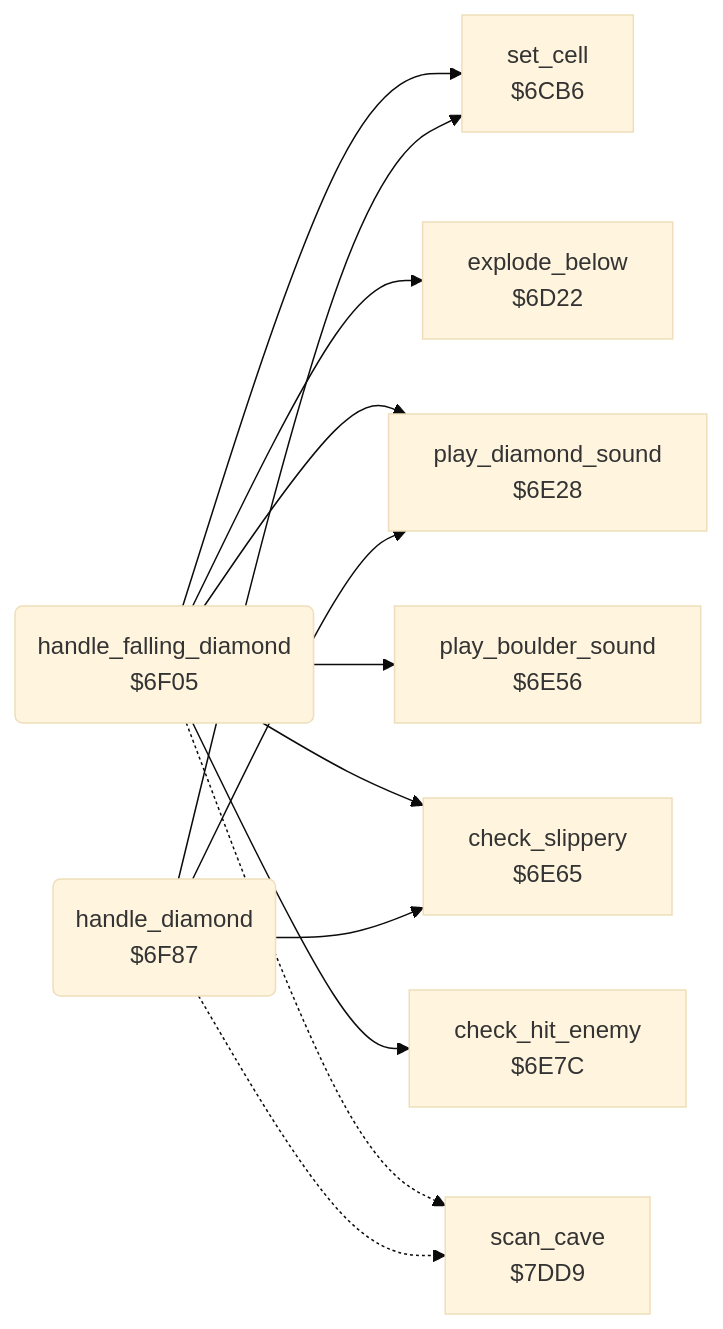
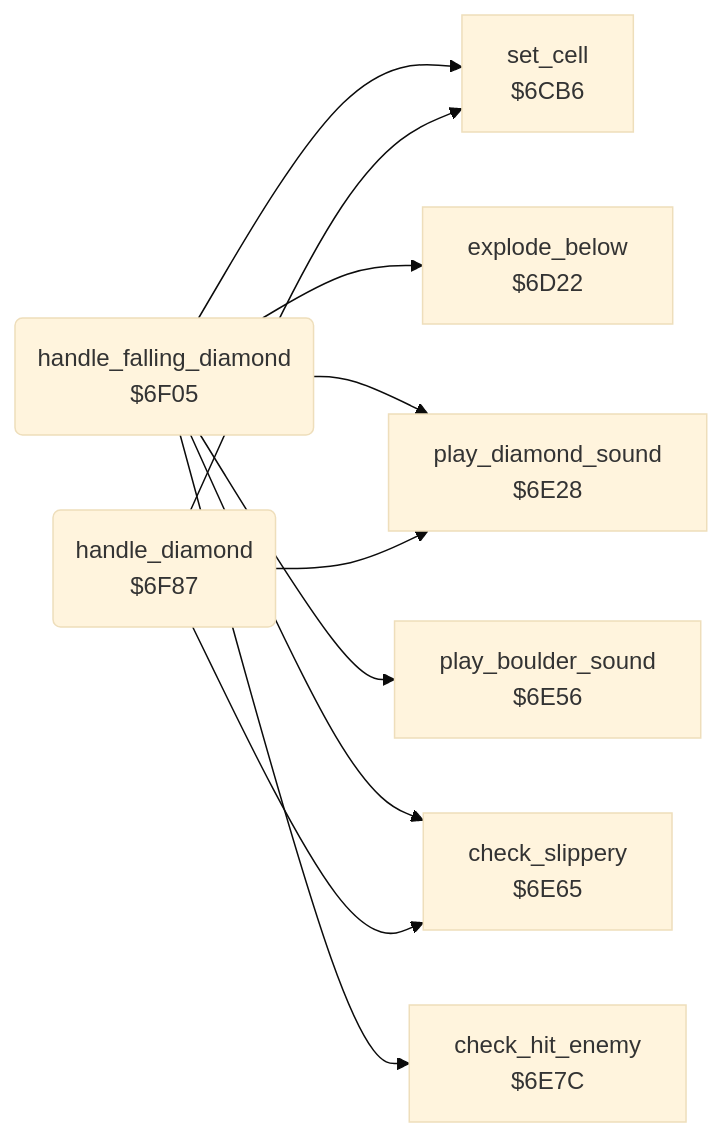
Before and after one commit to henols/c64_games: the diagram in boulder_dash/v1/docs/reference/modules/engine/diamond.md, drawn with Mermaid (base theme). The commit also changed other lines of this file and 1100 other files, not shown here.

````diff
--- a/boulder_dash/v1/docs/reference/modules/engine/diamond.md
+++ b/boulder_dash/v1/docs/reference/modules/engine/diamond.md
@@ -10,23 +17,20 @@
 ```mermaid
 flowchart LR
   n6cb6["set_cell<br/>$6CB6"]
   n6d22["explode_below<br/>$6D22"]
   n6e28["play_diamond_sound<br/>$6E28"]
   n6e56["play_boulder_sound<br/>$6E56"]
   n6e65["check_slippery<br/>$6E65"]
   n6e7c["check_hit_enemy<br/>$6E7C"]
   n6f05("handle_falling_diamond<br/>$6F05")
   n6f87("handle_diamond<br/>$6F87")
-  n7dd9["scan_cave<br/>$7DD9"]
   n6f05 --> n6cb6
   n6f05 --> n6d22
   n6f05 --> n6e28
   n6f05 --> n6e56
   n6f05 --> n6e65
   n6f05 --> n6e7c
-  n6f05 -.-> n7dd9
   n6f87 --> n6cb6
   n6f87 --> n6e28
   n6f87 --> n6e65
-  n6f87 -.-> n7dd9
 ```
````
